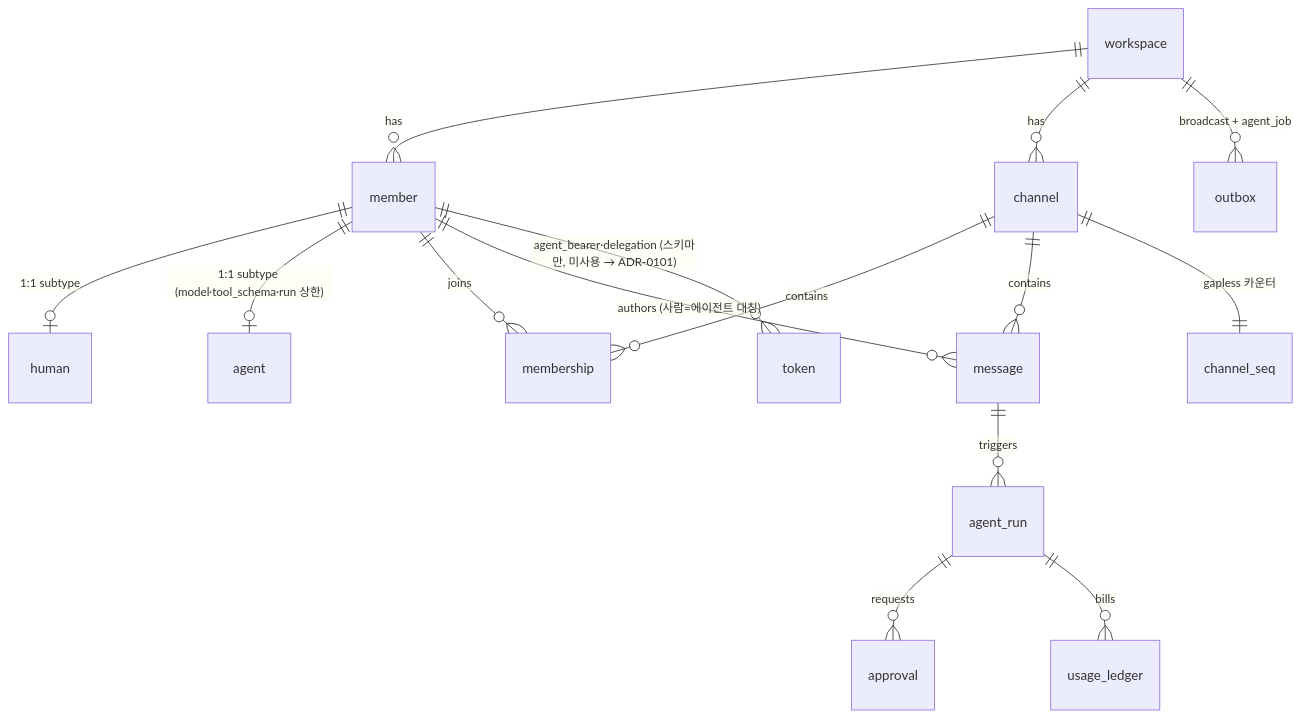
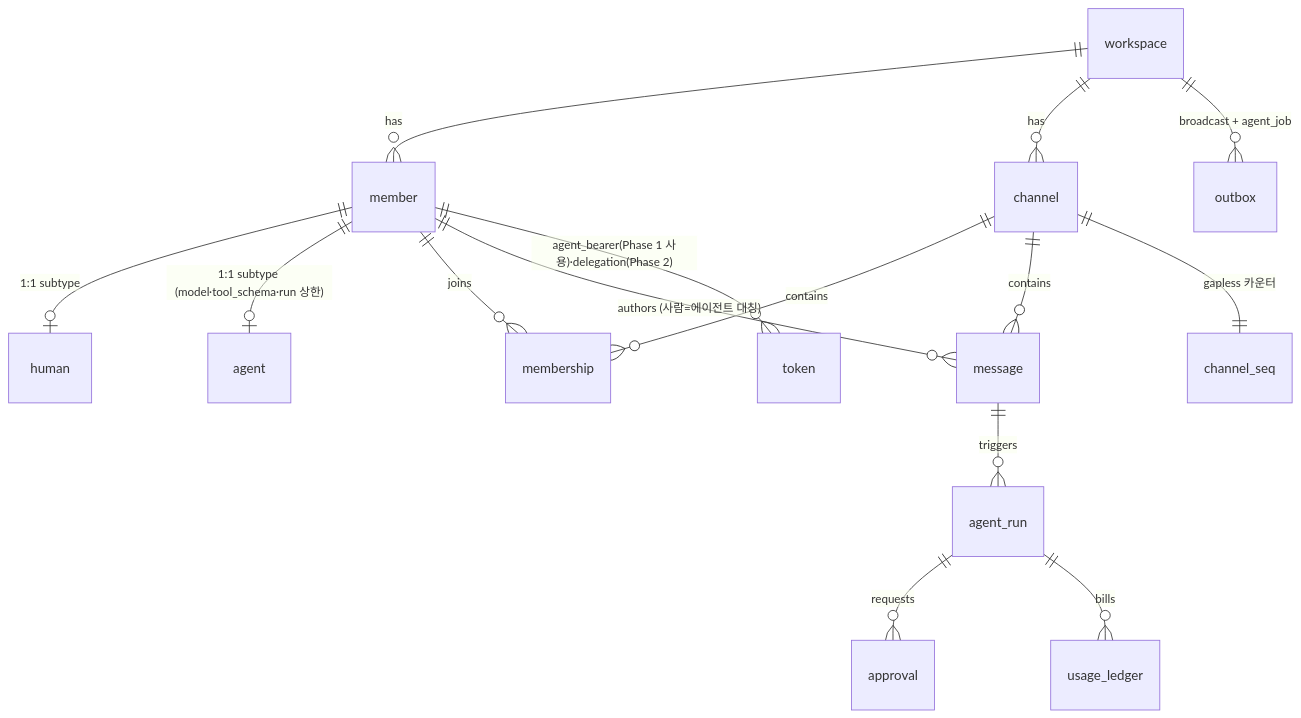
The third of 3 diagrams in docs/architecture/overview.md (yeomyeonggeori/oort), drawn with Mermaid before and after one commit. The commit also changed other lines of this file and 19 other files, not shown here.

Commit message:
feat(server): agent bearer 인증 경로 구현 (#307)

````diff
--- a/docs/architecture/overview.md
+++ b/docs/architecture/overview.md
@@ -69,17 +69,17 @@
 ```mermaid
 erDiagram
     workspace ||--o{ member : has
     member ||--o| human : "1:1 subtype"
     member ||--o| agent : "1:1 subtype (model·tool_schema·run 상한)"
     workspace ||--o{ channel : has
     member ||--o{ membership : joins
     channel ||--o{ membership : contains
     channel ||--o{ message : contains
     member ||--o{ message : "authors (사람=에이전트 대칭)"
     message ||--o{ agent_run : triggers
     agent_run ||--o{ approval : requests
-    member ||--o{ token : "agent_bearer·delegation (스키마만, 미사용 → ADR-0101)"
+    member ||--o{ token : "agent_bearer(Phase 1 사용)·delegation(Phase 2)"
     channel ||--|| channel_seq : "gapless 카운터"
     workspace ||--o{ outbox : "broadcast + agent_job"
     agent_run ||--o{ usage_ledger : bills
 ```
````
